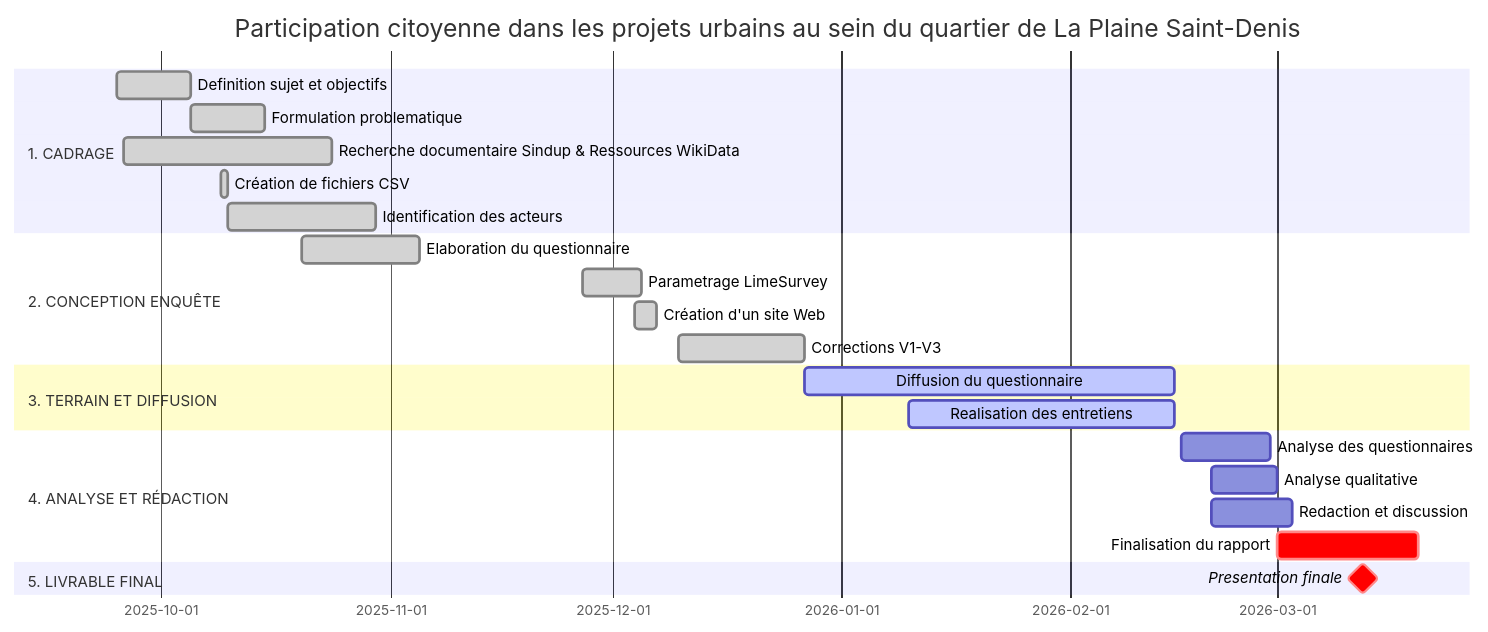
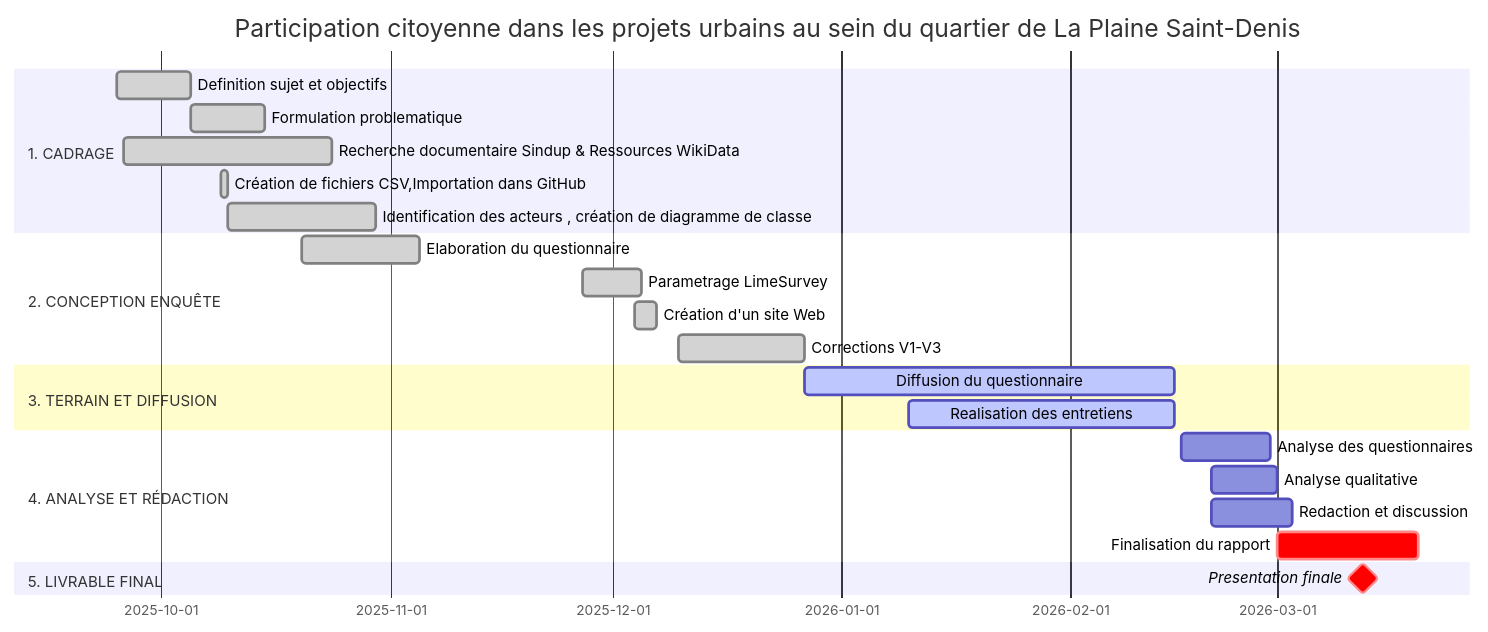
The diagram in acteurskahiarchiR.md (kahiarchi/LeBatiment_PlaineSaintDenis), drawn with Mermaid before and after one commit.

````diff
--- a/acteurskahiarchiR.md
+++ b/acteurskahiarchiR.md
@@ -1,31 +1,31 @@
 ```mermaid
 gantt
     
     title Participation citoyenne dans les projets urbains au sein du quartier de La Plaine Saint-Denis
     dateFormat  YYYY-MM-DD
     section 1. CADRAGE 
     Definition sujet et objectifs    :done, t1, 2025-09-25, 2025-10-05
     Formulation problematique        :done, t2, 2025-10-05, 2025-10-15
     Recherche documentaire Sindup & Ressources WikiData  :done, t3, 2025-09-26, 2025-10-24
-    Création de fichiers CSV         :done, t4, 2025-10-09, 2025-10-10
-    Identification des acteurs       :done, t5, 2025-10-10, 2025-10-30
+    Création de fichiers CSV,Importation dans GitHub         :done, t4, 2025-10-09, 2025-10-10
+    Identification des acteurs , création de diagramme de classe      :done, t5, 2025-10-10, 2025-10-30
 
     section 2. CONCEPTION ENQUÊTE
     Elaboration du questionnaire     :done, t6, 2025-10-20, 2025-11-05
     Parametrage LimeSurvey           :done, t7, 2025-11-27, 2025-12-05
     Création d'un site Web           :done, t8, 2025-12-04, 2025-12-07
     Corrections V1-V3                :done, t9, 2025-12-10, 2025-12-27
 
     section 3. TERRAIN ET DIFFUSION
     Diffusion du questionnaire       :active, t12, 2025-12-27, 2026-02-15
     Realisation des entretiens       :active, t15, 2026-01-10, 2026-02-15
 
     section 4. ANALYSE ET RÉDACTION
     Analyse des questionnaires       :t16, 2026-02-16, 2026-02-28
     Analyse qualitative              :t17, 2026-02-20, 2026-03-01
     Redaction et discussion          :t18, 2026-02-20, 2026-03-03
     Finalisation du rapport          :crit, t19, 2026-03-01, 2026-03-20
 
     section 5. LIVRABLE FINAL
     Presentation finale              :crit, milestone, 2026-03-05
 ```
````
